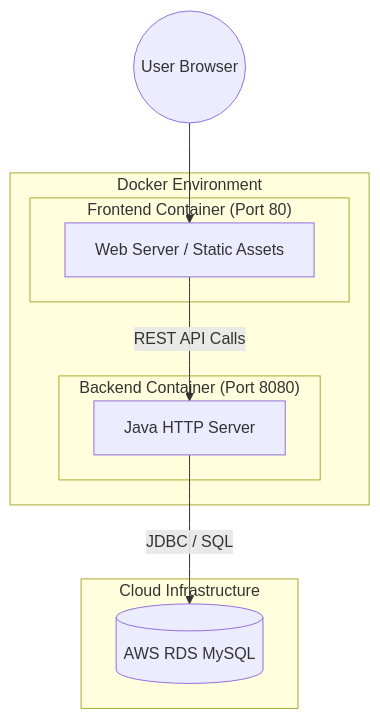
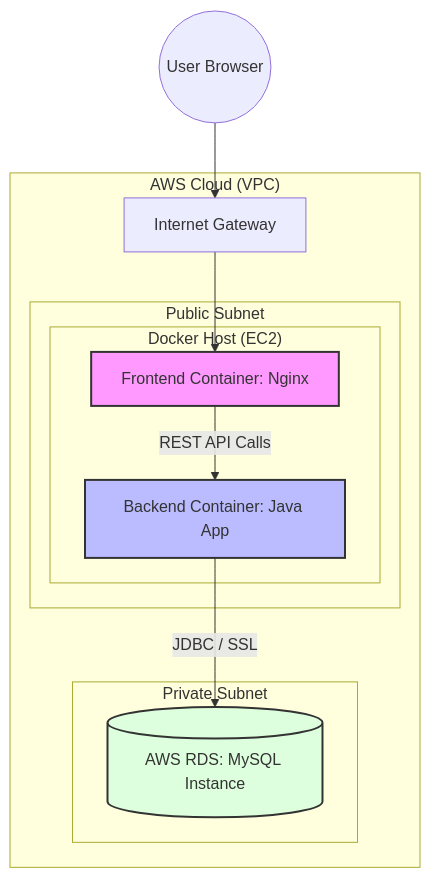
One commit to siddheshsomvanshi1/Bakery_Project_Docker_K8S changed the second of 7 diagrams in BakeryProject_new-main/Containerized Bakery Web Application/README.md. Above: the diagram before and after it, drawn with Mermaid. The commit also changed other lines of this file and 1 other file, not shown here.

First line of the commit message:
docs: update READMEs to reflect simplified Docker deployment

````diff
--- a/BakeryProject_new-main/Containerized Bakery Web Application/README.md
+++ b/BakeryProject_new-main/Containerized Bakery Web Application/README.md
@@ -34,19 +34,26 @@
 ```mermaid
 graph TD
-    subgraph "Docker Environment"
-        subgraph "Frontend Container (Port 80)"
-            A[Web Server / Static Assets]
+    subgraph "AWS Cloud (VPC)"
+        subgraph "Public Subnet"
+            subgraph "Docker Host (EC2)"
+                A[Frontend Container: Nginx]
+                B[Backend Container: Java App]
+            end
         end
-        subgraph "Backend Container (Port 8080)"
-            B[Java HTTP Server]
+        
+        subgraph "Private Subnet"
+            C[(AWS RDS: MySQL Instance)]
         end
+        
+        IGW[Internet Gateway]
     end
     
-    subgraph "Cloud Infrastructure"
-        C[(AWS RDS MySQL)]
-    end
+    Internet((User Browser)) --> IGW
+    IGW --> A
+    A -- REST API Calls --> B
+    B -- JDBC / SSL --> C
     
-    Internet((User Browser)) --> A
-    A -- REST API Calls --> B
-    B -- JDBC / SQL --> C
+    style A fill:#f9f,stroke:#333,stroke-width:2px
+    style B fill:#bbf,stroke:#333,stroke-width:2px
+    style C fill:#dfd,stroke:#333,stroke-width:2px
 ```
````
